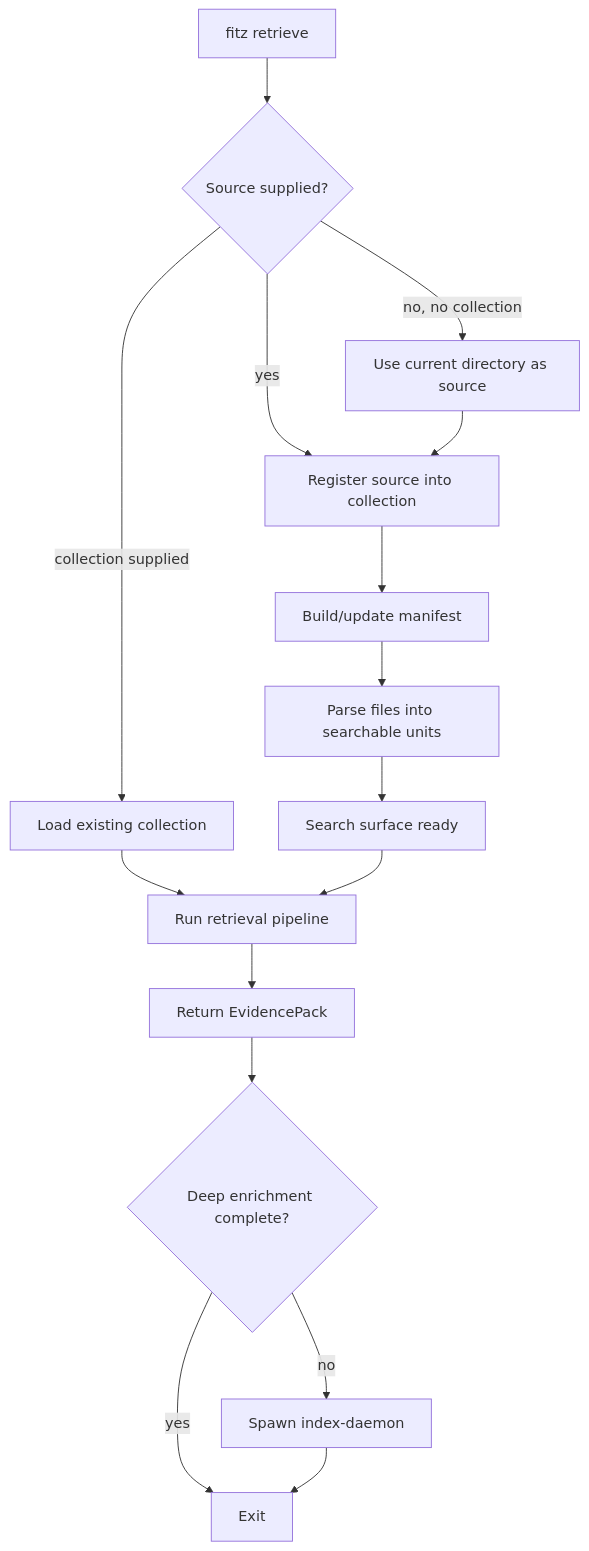
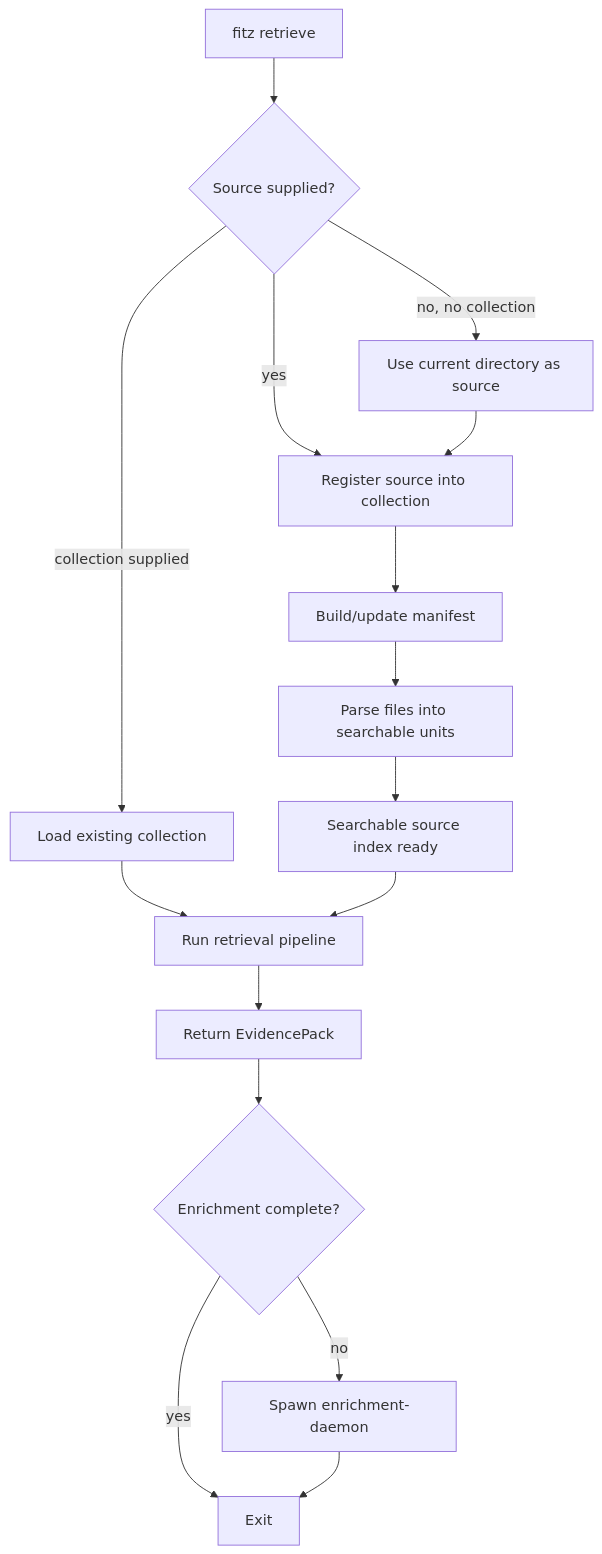
One commit to yafitzdev/fitz changed the first of 4 diagrams in docs/RETRIEVAL_PIPELINE.md. Above: the diagram before and after it, drawn with Mermaid. The commit also changed other lines of this file and 23 other files, not shown here.

Commit message:
Document searchable indexing and enrichment boundaries

````diff
--- a/docs/RETRIEVAL_PIPELINE.md
+++ b/docs/RETRIEVAL_PIPELINE.md
@@ -39,18 +39,18 @@
 ```mermaid
 flowchart TD
     A["fitz retrieve"] --> B{"Source supplied?"}
     B -->|"yes"| C["Register source into collection"]
     B -->|"no, no collection"| D["Use current directory as source"]
     B -->|"collection supplied"| E["Load existing collection"]
     D --> C
     C --> F["Build/update manifest"]
     F --> G["Parse files into searchable units"]
-    G --> H["Search surface ready"]
+    G --> H["Searchable source index ready"]
     E --> I["Run retrieval pipeline"]
     H --> I
     I --> J["Return EvidencePack"]
-    J --> K{"Deep enrichment complete?"}
+    J --> K{"Enrichment complete?"}
     K -->|"yes"| L["Exit"]
-    K -->|"no"| M["Spawn index-daemon"]
+    K -->|"no"| M["Spawn enrichment-daemon"]
     M --> L
 ```
````
